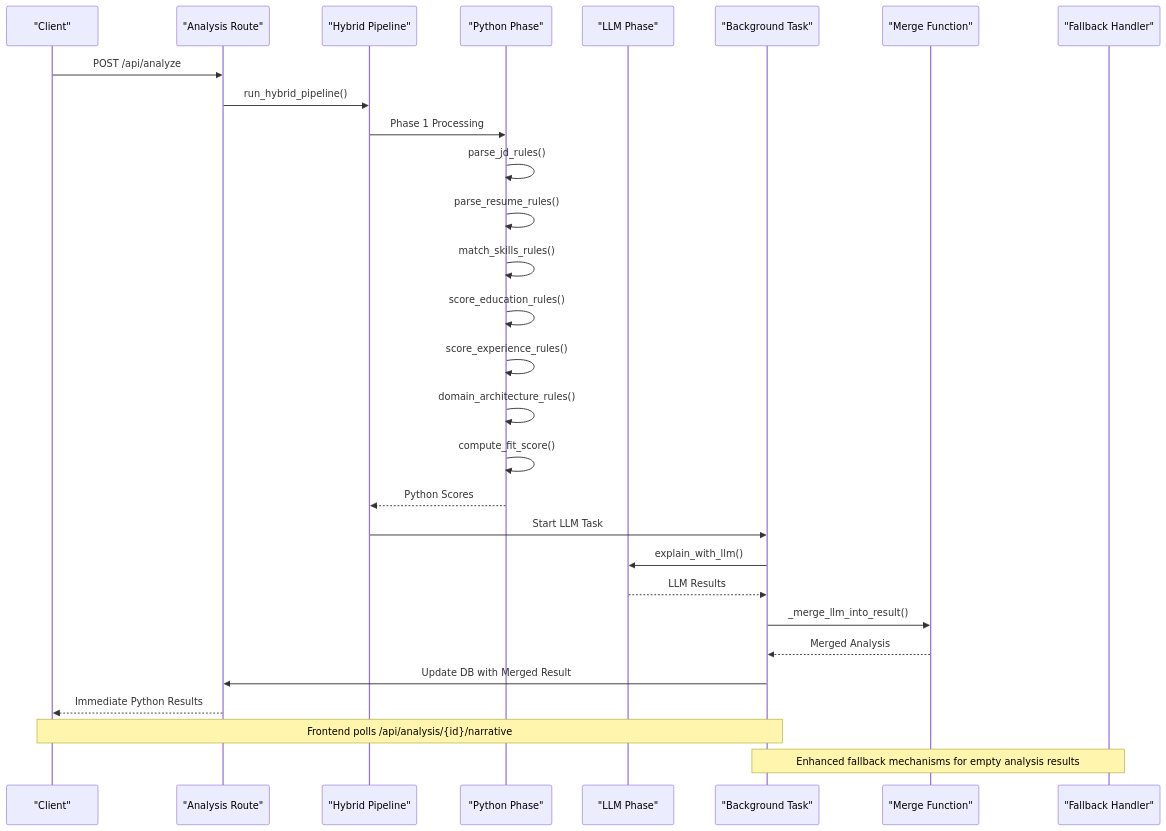
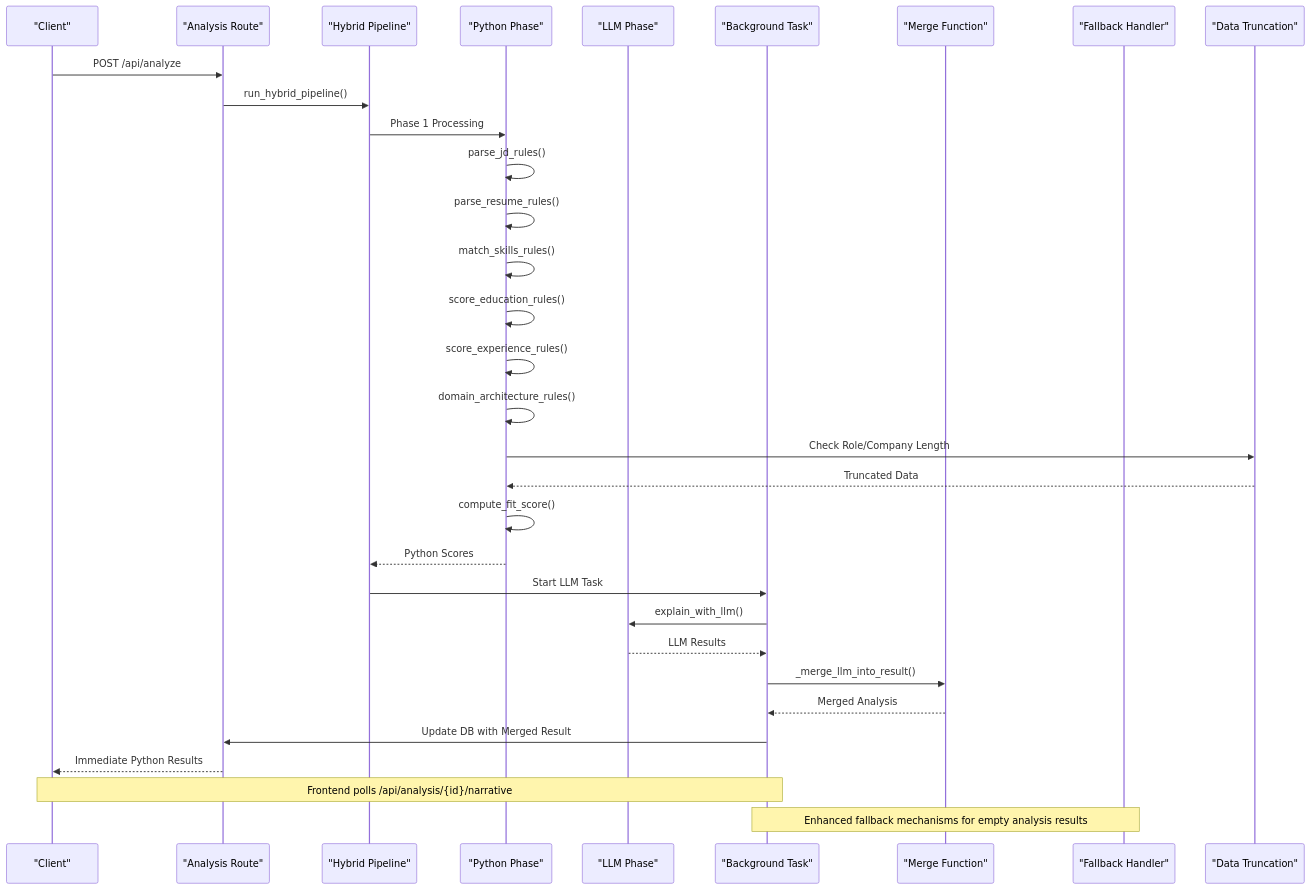
One commit to Revanththetalogics/aireume changed the fifth of 9 diagrams in .qoder/repowiki/en/content/Hybrid Pipeline.md. Above: the diagram before and after it, drawn with Mermaid. The commit also changed other lines of this file and 61 other files, not shown here.

````diff
--- a/.qoder/repowiki/en/content/Hybrid Pipeline.md
+++ b/.qoder/repowiki/en/content/Hybrid Pipeline.md
@@ -221,31 +224,34 @@
 ```mermaid
 sequenceDiagram
 participant Client as "Client"
 participant Route as "Analysis Route"
 participant Hybrid as "Hybrid Pipeline"
 participant Python as "Python Phase"
 participant LLM as "LLM Phase"
 participant Background as "Background Task"
 participant Merge as "Merge Function"
 participant Fallback as "Fallback Handler"
+participant Truncate as "Data Truncation"
 Client->>Route : POST /api/analyze
 Route->>Hybrid : run_hybrid_pipeline()
 Hybrid->>Python : Phase 1 Processing
 Python->>Python : parse_jd_rules()
 Python->>Python : parse_resume_rules()
 Python->>Python : match_skills_rules()
 Python->>Python : score_education_rules()
 Python->>Python : score_experience_rules()
 Python->>Python : domain_architecture_rules()
+Python->>Truncate : Check Role/Company Length
+Truncate-->>Python : Truncated Data
 Python->>Python : compute_fit_score()
 Python-->>Hybrid : Python Scores
 Hybrid->>Background : Start LLM Task
 Background->>LLM : explain_with_llm()
 LLM-->>Background : LLM Results
 Background->>Merge : _merge_llm_into_result()
 Merge-->>Background : Merged Analysis
 Background->>Route : Update DB with Merged Result
 Route-->>Client : Immediate Python Results
 Note over Client,Background : Frontend polls /api/analysis/{id}/narrative
 Note over Background,Fallback : Enhanced fallback mechanisms for empty analysis results
 ```
````
